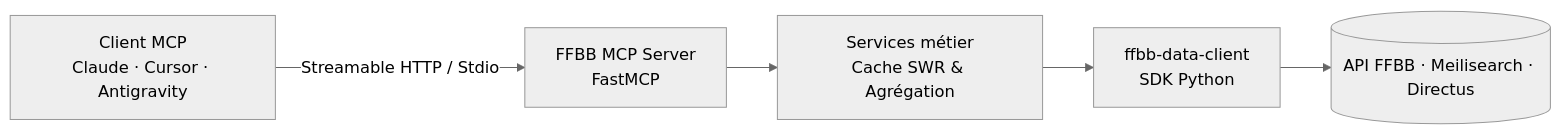
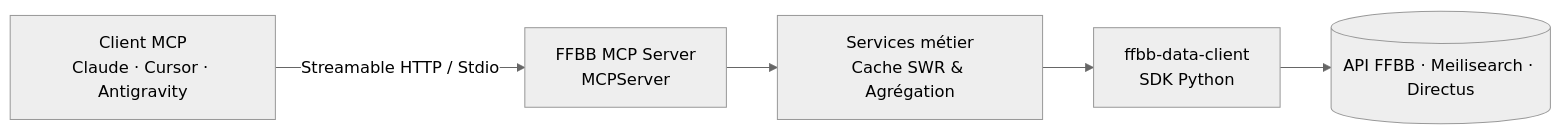
The diagram in README.md (nickdesi/FFBB-MCP-Server), drawn with Mermaid (neutral theme) before and after one commit. The commit also changed other lines of this file and 26 other files, not shown here.

````diff
--- a/README.md
+++ b/README.md
@@ -181,7 +181,7 @@
 ```mermaid
 flowchart LR
-    A[Client MCP<br/>Claude · Cursor · Antigravity] -->|Streamable HTTP / Stdio| B[FFBB MCP Server<br/>FastMCP]
+    A[Client MCP<br/>Claude · Cursor · Antigravity] -->|Streamable HTTP / Stdio| B[FFBB MCP Server<br/>MCPServer]
     B --> C[Services métier<br/>Cache SWR & Agrégation]
     C --> D[ffbb-data-client<br/>SDK Python]
     D --> E[(API FFBB · Meilisearch · Directus)]
 ```
````
